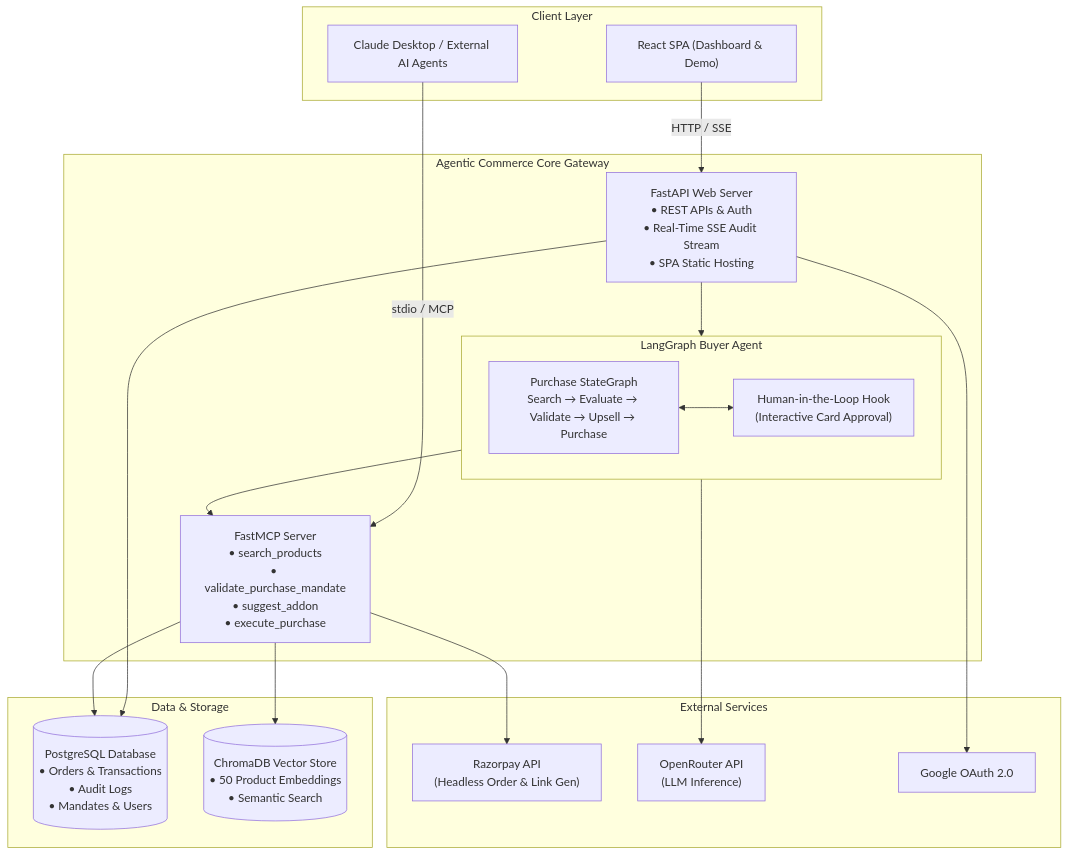
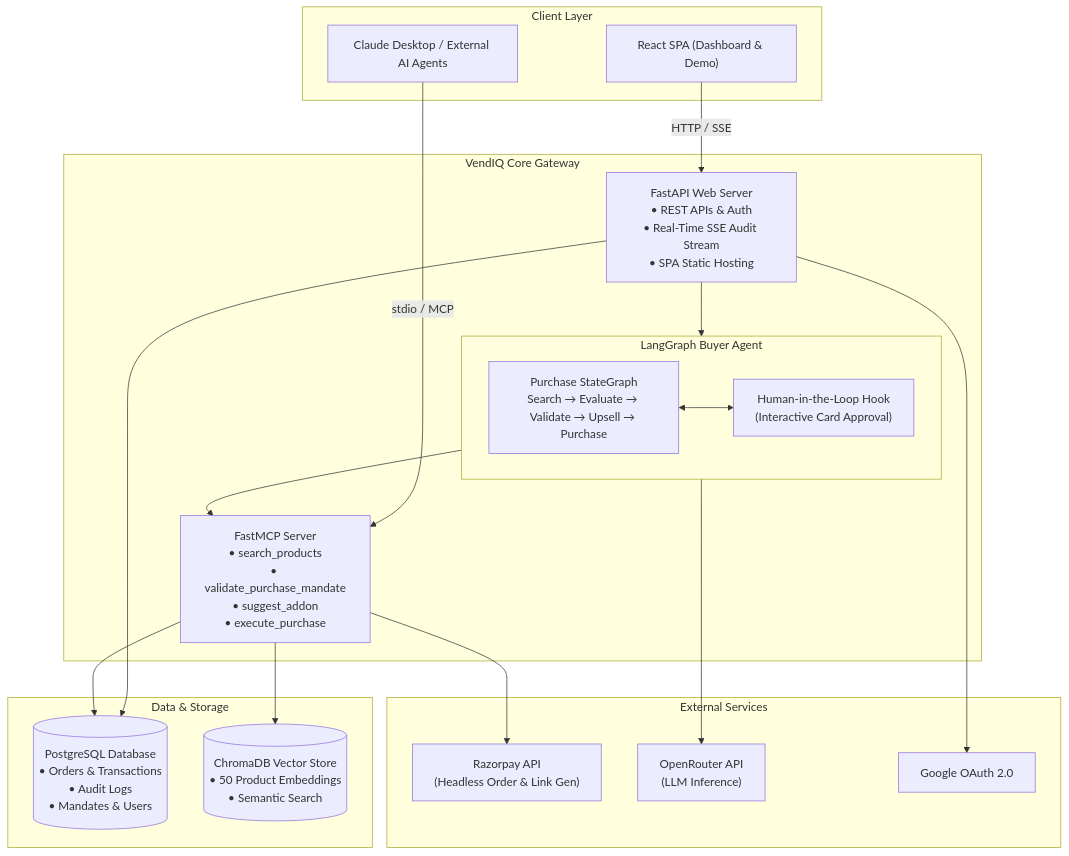
One commit to Xtejasveer/Agentic_Commerce changed the diagram in README.md. Above: the diagram before and after it, drawn with Mermaid. The commit also changed other lines of this file and 12 other files, not shown here.

````diff
--- a/README.md
+++ b/README.md
@@ -38,42 +38,42 @@
 ```mermaid
 flowchart TD
     subgraph Clients["Client Layer"]
         UI["React SPA (Dashboard & Demo)"]
         Claude["Claude Desktop / External AI Agents"]
     end
 
-    subgraph Core["Agentic Commerce Core Gateway"]
+    subgraph Core["VendIQ Core Gateway"]
         API["FastAPI Web Server<br/>• REST APIs & Auth<br/>• Real-Time SSE Audit Stream<br/>• SPA Static Hosting"]
         MCP["FastMCP Server<br/>• search_products<br/>• validate_purchase_mandate<br/>• suggest_addon<br/>• execute_purchase"]
         
         subgraph Agent["LangGraph Buyer Agent"]
             Pipeline["Purchase StateGraph<br/>Search → Evaluate → Validate → Upsell → Purchase"]
             HITL["Human-in-the-Loop Hook<br/>(Interactive Card Approval)"]
             Pipeline <--> HITL
         end
     end
 
     subgraph Storage["Data & Storage"]
         PG[("PostgreSQL Database<br/>• Orders & Transactions<br/>• Audit Logs<br/>• Mandates & Users")]
         Chroma[("ChromaDB Vector Store<br/>• 50 Product Embeddings<br/>• Semantic Search")]
     end
 
     subgraph External["External Services"]
         Razorpay["Razorpay API<br/>(Headless Order & Link Gen)"]
         OpenRouter["OpenRouter API<br/>(LLM Inference)"]
         GoogleAuth["Google OAuth 2.0"]
     end
 
     UI -->|"HTTP / SSE"| API
     Claude -->|"stdio / MCP"| MCP
     API --> Agent
     Agent --> MCP
 
     Agent --> OpenRouter
     API --> GoogleAuth
     API --> PG
 
     MCP --> Chroma
     MCP --> PG
     MCP --> Razorpay
 ```
````
